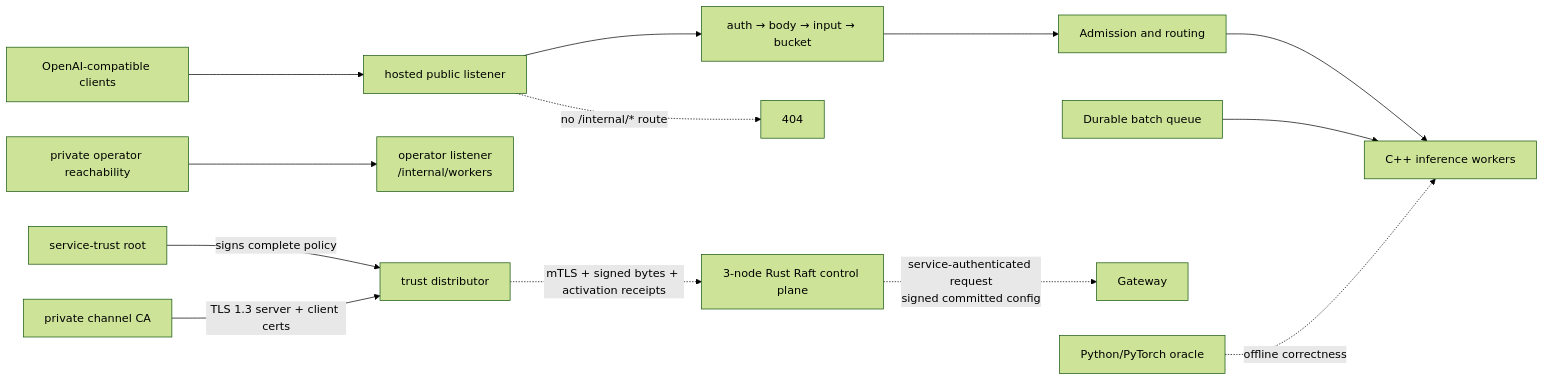
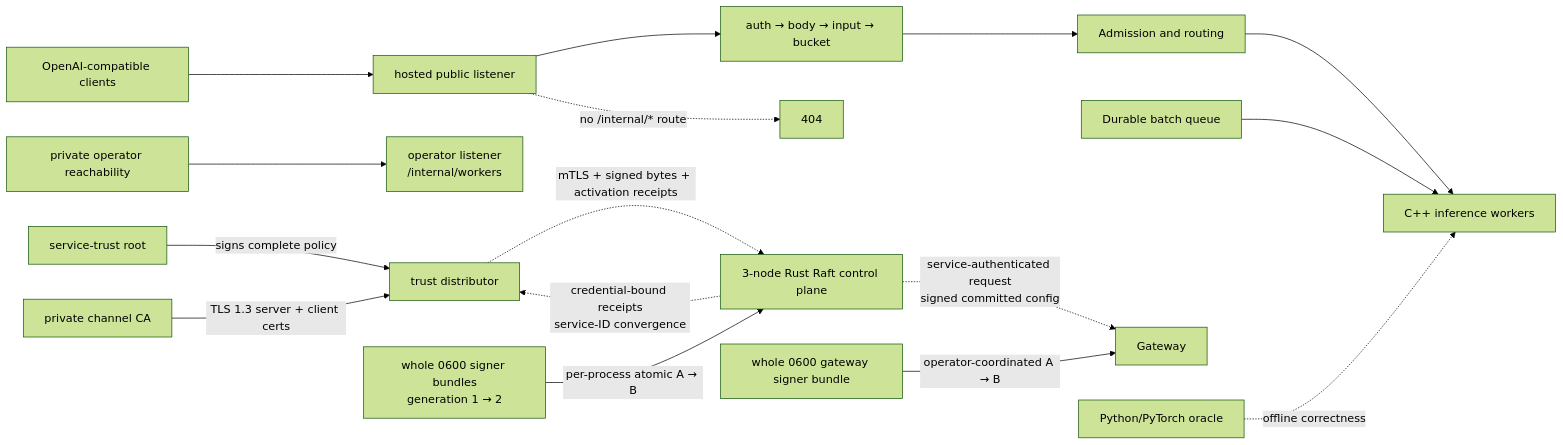
Before and after one commit to conan505/inferLab: the diagram in docs/PRD.md, drawn with Mermaid (forest theme). The commit also changed other lines of this file and 6 other files, not shown here.

````diff
--- a/docs/PRD.md
+++ b/docs/PRD.md
@@ -554,15 +625,18 @@
 ```mermaid
 flowchart LR
     Client["OpenAI-compatible clients"] --> Public["hosted public listener"]
     Public --> Gate["auth → body → input → bucket"]
     Public -. "no /internal/* route" .-> Hidden["404"]
     Gate --> Admission["Admission and routing"]
     Admission --> Workers["C++ inference workers"]
     Operator["private operator reachability"] --> OperatorListener["operator listener<br/>/internal/workers"]
     Batch["Durable batch queue"] --> Workers
     Root["service-trust root"] -->|"signs complete policy"| Distributor["trust distributor"]
     CA["private channel CA"] -->|"TLS 1.3 server + client certs"| Distributor
     Distributor -. "mTLS + signed bytes + activation receipts" .-> Control
     Control["3-node Rust Raft control plane"] -. "service-authenticated request<br/>signed committed config" .-> Gateway
+    ControlBundles["whole 0600 signer bundles<br/>generation 1 → 2"] -->|"per-process atomic A → B"| Control
+    GatewayBundle["whole 0600 gateway signer bundle"] -->|"operator-coordinated A → B"| Gateway
+    Control -. "credential-bound receipts<br/>service-ID convergence" .-> Distributor
     Ref["Python/PyTorch oracle"] -. "offline correctness" .-> Workers
 ```
````
